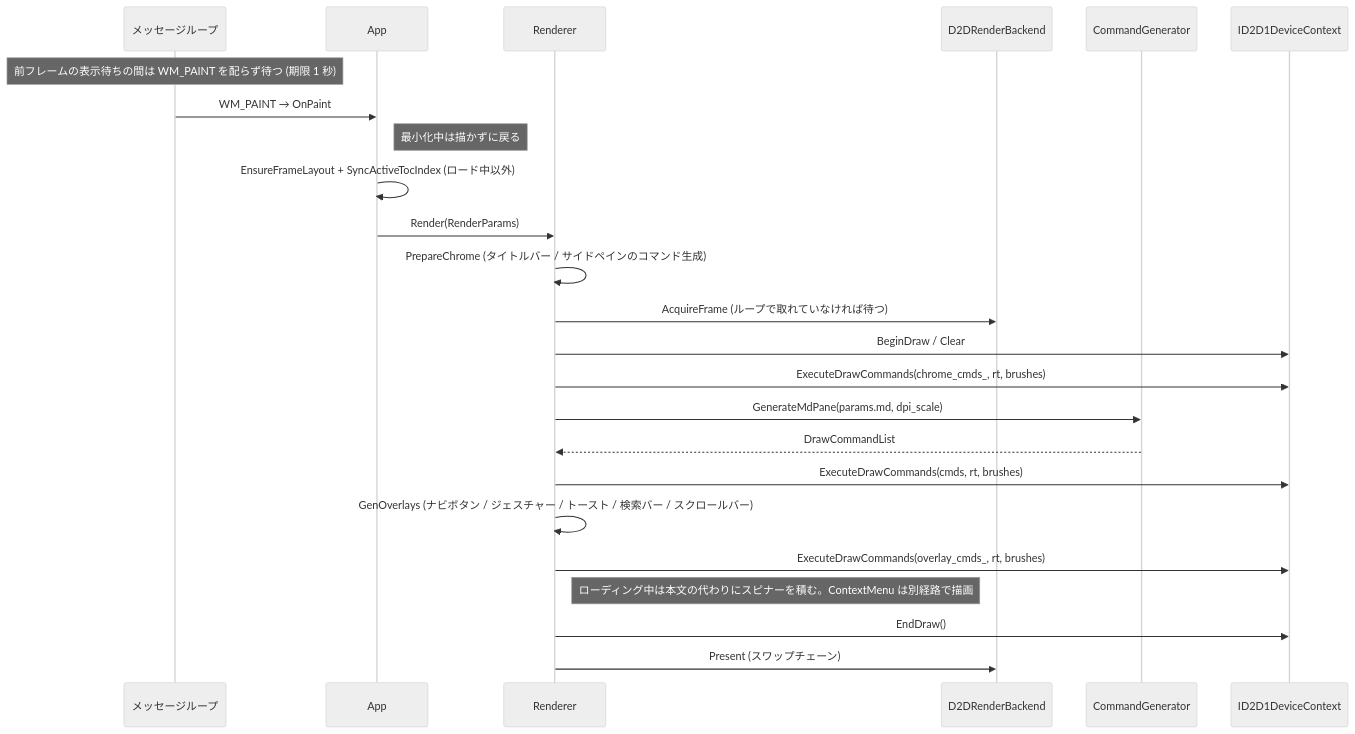
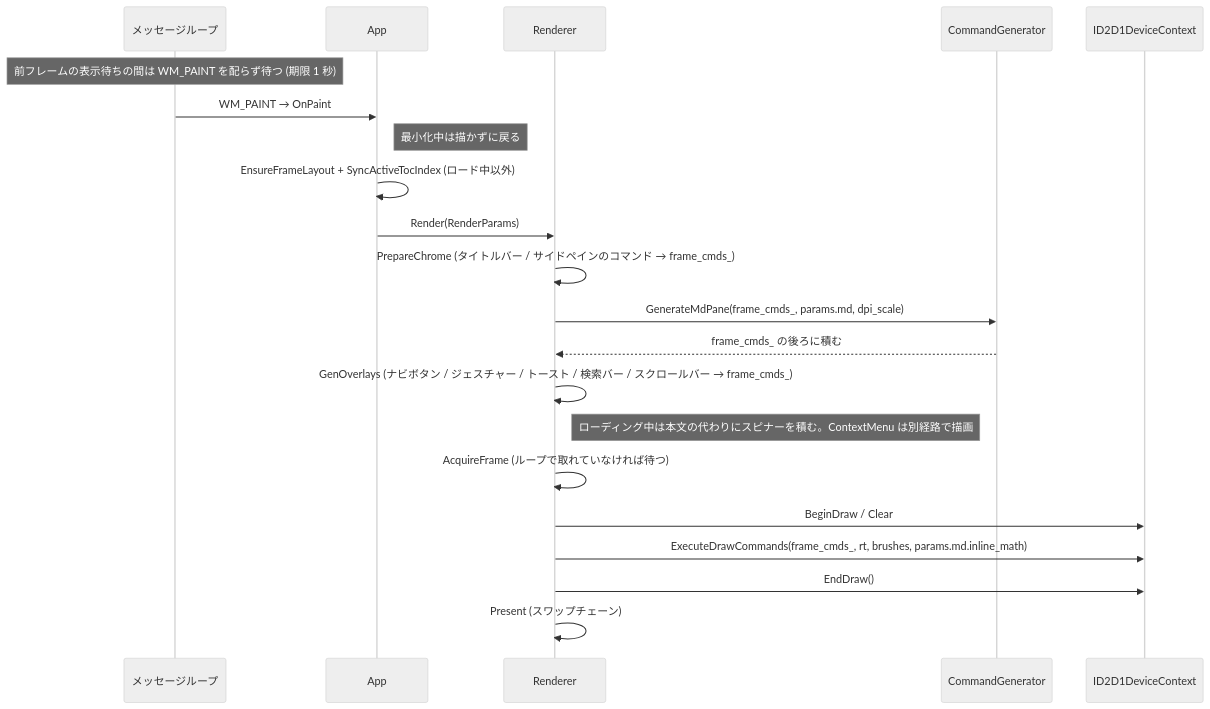
One commit to tanaton/mendo changed diagram 19 of 27 in example/test.md. Above: the diagram before and after it, drawn with Mermaid (neutral theme). The commit also changed other lines of this file and 119 other files, not shown here.

````diff
--- a/example/test.md
+++ b/example/test.md
@@ -3104,27 +3147,24 @@
 ```mermaid
 sequenceDiagram
     participant ML as メッセージループ
     participant APP as App
     participant R as Renderer
-    participant BE as D2DRenderBackend
     participant CG as CommandGenerator
     participant RT as ID2D1DeviceContext
 
     Note over ML: 前フレームの表示待ちの間は WM_PAINT を配らず待つ (期限 1 秒)
     ML->>APP: WM_PAINT → OnPaint
     Note right of APP: 最小化中は描かずに戻る
     APP->>APP: EnsureFrameLayout + SyncActiveTocIndex (ロード中以外)
     APP->>R: Render(RenderParams)
-    R->>R: PrepareChrome (タイトルバー / サイドペインのコマンド生成)
-    R->>BE: AcquireFrame (ループで取れていなければ待つ)
+    R->>R: PrepareChrome (タイトルバー / サイドペインのコマンド → frame_cmds_)
+    R->>CG: GenerateMdPane(frame_cmds_, params.md, dpi_scale)
+    CG-->>R: frame_cmds_ の後ろに積む
+    R->>R: GenOverlays (ナビボタン / ジェスチャー / トースト / 検索バー / スクロールバー → frame_cmds_)
+    Note right of R: ローディング中は本文の代わりにスピナーを積む。ContextMenu は別経路で描画
+    R->>R: AcquireFrame (ループで取れていなければ待つ)
     R->>RT: BeginDraw / Clear
-    R->>RT: ExecuteDrawCommands(chrome_cmds_, rt, brushes)
-    R->>CG: GenerateMdPane(params.md, dpi_scale)
-    CG-->>R: DrawCommandList
-    R->>RT: ExecuteDrawCommands(cmds, rt, brushes)
-    R->>R: GenOverlays (ナビボタン / ジェスチャー / トースト / 検索バー / スクロールバー)
-    R->>RT: ExecuteDrawCommands(overlay_cmds_, rt, brushes)
-    Note right of R: ローディング中は本文の代わりにスピナーを積む。ContextMenu は別経路で描画
+    R->>RT: ExecuteDrawCommands(frame_cmds_, rt, brushes, params.md.inline_math)
     R->>RT: EndDraw()
-    R->>BE: Present (スワップチェーン)
+    R->>R: Present (スワップチェーン)
 ```
````
